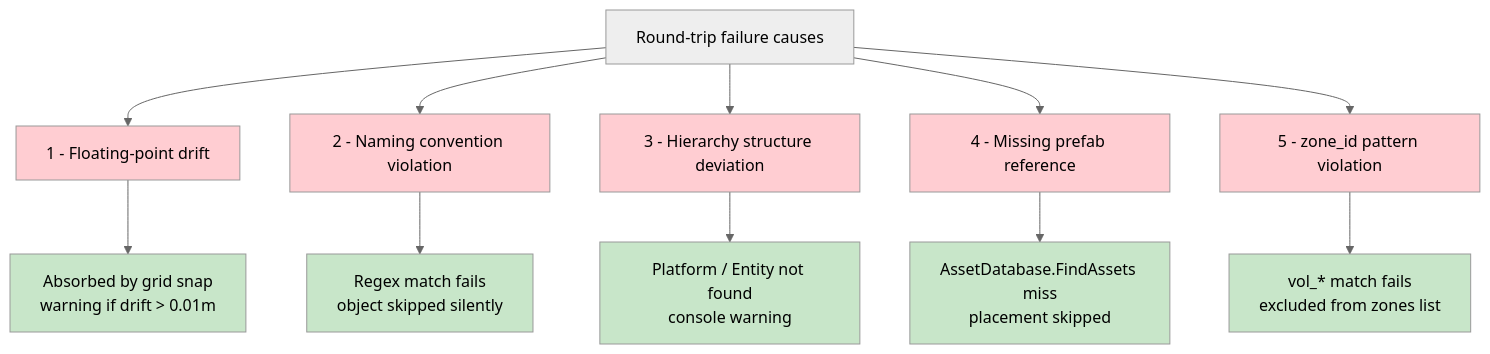
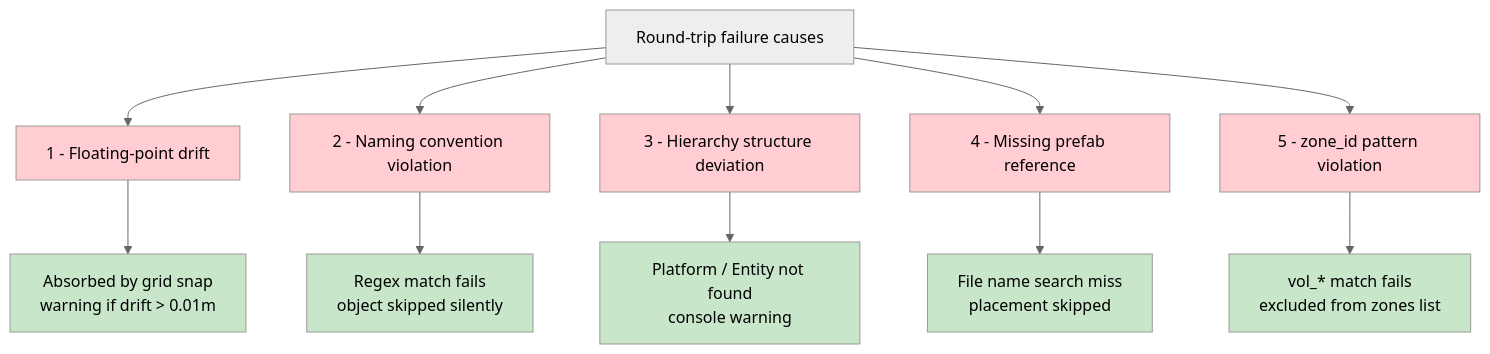
One commit to hiroxpepe/briko changed diagram 35 of 39 in docs/briko_spec.md. Above: the diagram before and after it, drawn with Mermaid (neutral theme). The commit also changed other lines of this file and 25 other files, not shown here.

````diff
--- a/docs/briko_spec.md
+++ b/docs/briko_spec.md
@@ -1428,27 +1408,27 @@
 ```mermaid
 graph TB
     Root[Round-trip failure causes]
 
     Root --> F1[1 - Floating-point drift]
     Root --> F2[2 - Naming convention violation]
     Root --> F3[3 - Hierarchy structure deviation]
     Root --> F4[4 - Missing prefab reference]
     Root --> F5[5 - zone_id pattern violation]
 
     F1 --> S1[Absorbed by grid snap<br/>warning if drift > 0.01m]
     F2 --> S2[Regex match fails<br/>object skipped silently]
     F3 --> S3[Platform / Entity not found<br/>console warning]
-    F4 --> S4[AssetDatabase.FindAssets miss<br/>placement skipped]
+    F4 --> S4[File name search miss<br/>placement skipped]
     F5 --> S5[vol_* match fails<br/>excluded from zones list]
 
     style F1 fill:#ffcdd2
     style F2 fill:#ffcdd2
     style F3 fill:#ffcdd2
     style F4 fill:#ffcdd2
     style F5 fill:#ffcdd2
     style S1 fill:#c8e6c9
     style S2 fill:#c8e6c9
     style S3 fill:#c8e6c9
     style S4 fill:#c8e6c9
     style S5 fill:#c8e6c9
 ```
````
